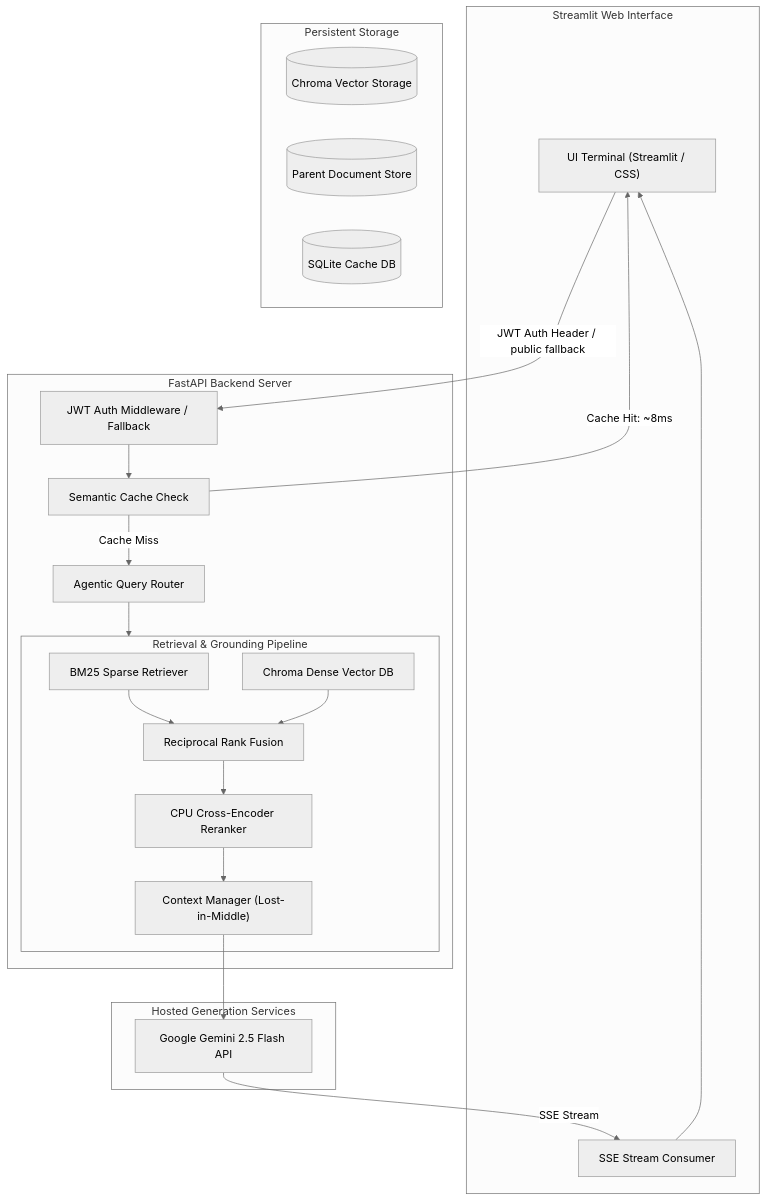
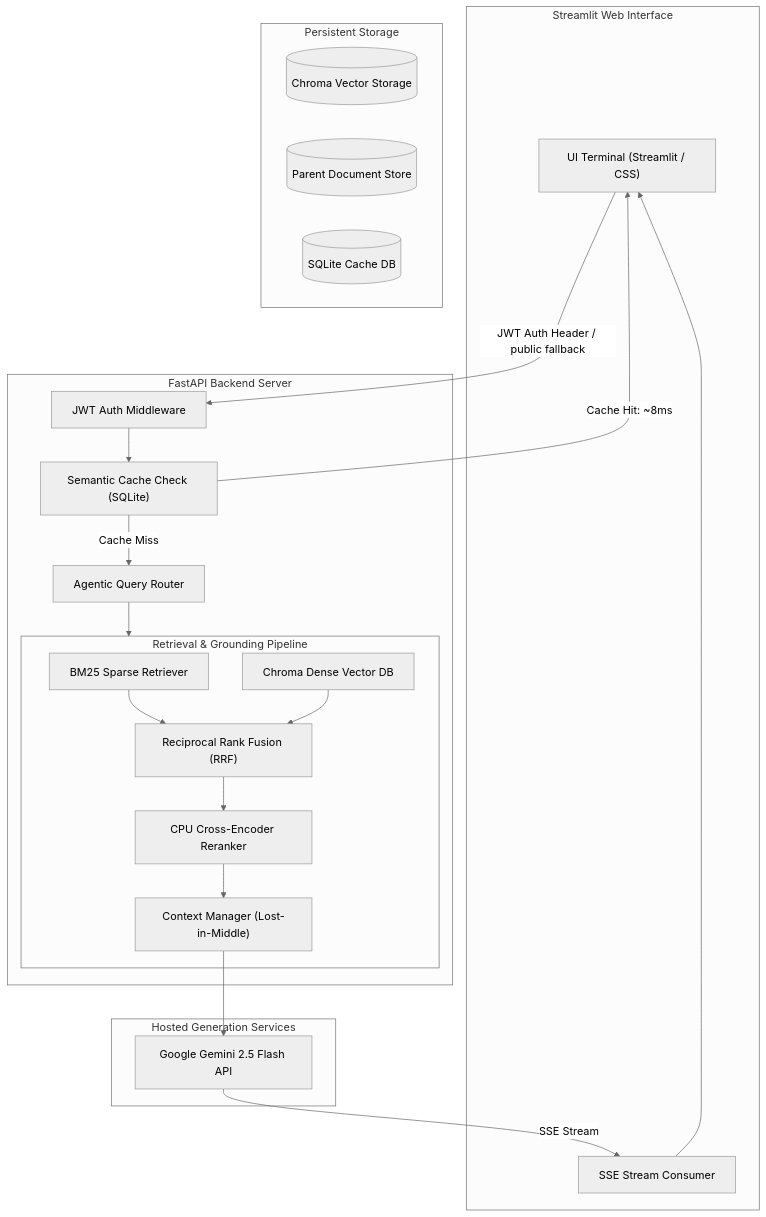
One commit to BvdMurali/Enterprise-RAG-System changed the diagram in README.md. Above: the diagram before and after it, drawn with Mermaid (neutral theme). The commit also changed other lines of this file and 5 other files, not shown here.

````diff
--- a/README.md
+++ b/README.md
@@ -35,46 +64,46 @@
 ```mermaid
 graph TB
     subgraph Client [Streamlit Web Interface]
         UI["UI Terminal (Streamlit / CSS)"]
         Stream["SSE Stream Consumer"]
     end
 
     subgraph API [FastAPI Backend Server]
-        Auth["JWT Auth Middleware / Fallback"]
-        Cache["Semantic Cache Check"]
+        Auth["JWT Auth Middleware"]
+        Cache["Semantic Cache Check (SQLite)"]
         Router["Agentic Query Router"]
         
         subgraph Pipeline [Retrieval & Grounding Pipeline]
             BM25["BM25 Sparse Retriever"]
             Chroma["Chroma Dense Vector DB"]
-            RRF["Reciprocal Rank Fusion"]
+            RRF["Reciprocal Rank Fusion (RRF)"]
             Rerank["CPU Cross-Encoder Reranker"]
             Context["Context Manager (Lost-in-Middle)"]
         end
     end
 
     subgraph Storage [Persistent Storage]
         DB[(Chroma Vector Storage)]
         ParentDB[(Parent Document Store)]
         CacheDB[(SQLite Cache DB)]
     end
 
     subgraph LLM [Hosted Generation Services]
         Gemini["Google Gemini 2.5 Flash API"]
     end
 
     UI -->|JWT Auth Header / public fallback| Auth
     Auth --> Cache
     Cache -->|Cache Hit: ~8ms| UI
     Cache -->|Cache Miss| Router
     Router --> Pipeline
     
     BM25 --> RRF
     Chroma --> RRF
     RRF --> Rerank
     Rerank --> Context
     Context --> Gemini
     
     Gemini -->|SSE Stream| Stream
     Stream --> UI
 ```
````
